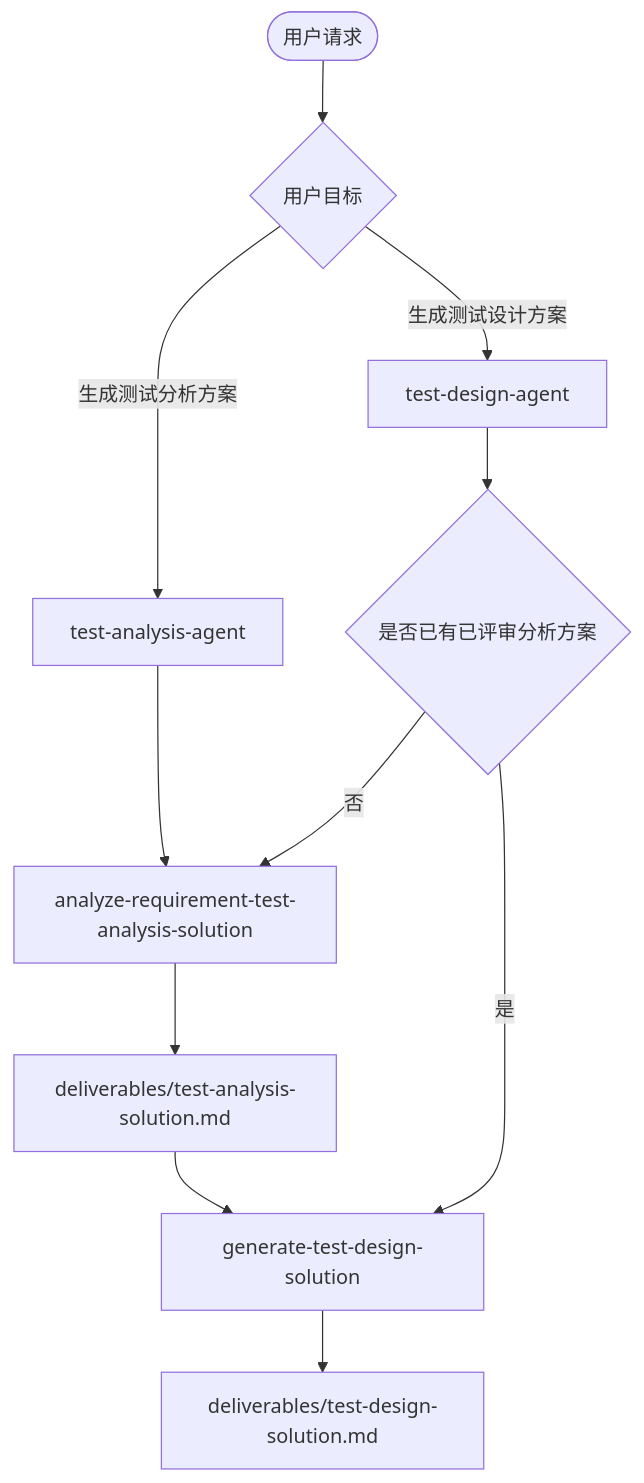
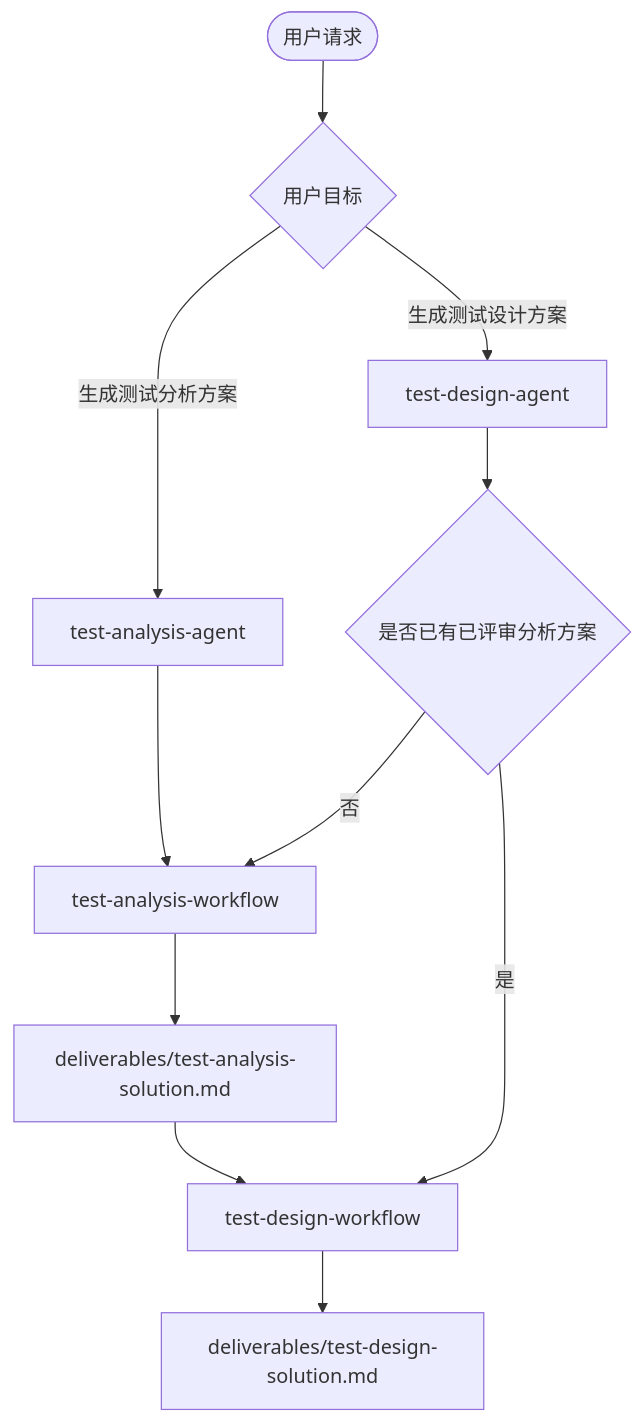
The first of 2 diagrams in docs/test-analysis-agent-design.md (szluoqy-byte/Test-Analysis-Agent-MM), drawn with Mermaid before and after one commit. The commit also changed other lines of this file and 111 other files, not shown here.

Commit message:
refactor test analysis workflow skills

````diff
--- a/docs/test-analysis-agent-design.md
+++ b/docs/test-analysis-agent-design.md
@@ -92,14 +92,14 @@
 ```mermaid
 flowchart TD
   request([用户请求])
   request --> intent{用户目标}
   intent -- 生成测试分析方案 --> analysisAgent[test-analysis-agent]
   intent -- 生成测试设计方案 --> designAgent[test-design-agent]
-  analysisAgent --> analysisSkill[analyze-requirement-test-analysis-solution]
+  analysisAgent --> analysisSkill[test-analysis-workflow]
   analysisSkill --> analysisOutput[deliverables/test-analysis-solution.md]
   designAgent --> hasAnalysis{是否已有已评审分析方案}
   hasAnalysis -- 否 --> analysisSkill
-  hasAnalysis -- 是 --> designSkill[generate-test-design-solution]
+  hasAnalysis -- 是 --> designSkill[test-design-workflow]
   analysisOutput --> designSkill
   designSkill --> designOutput[deliverables/test-design-solution.md]
 ```
````
